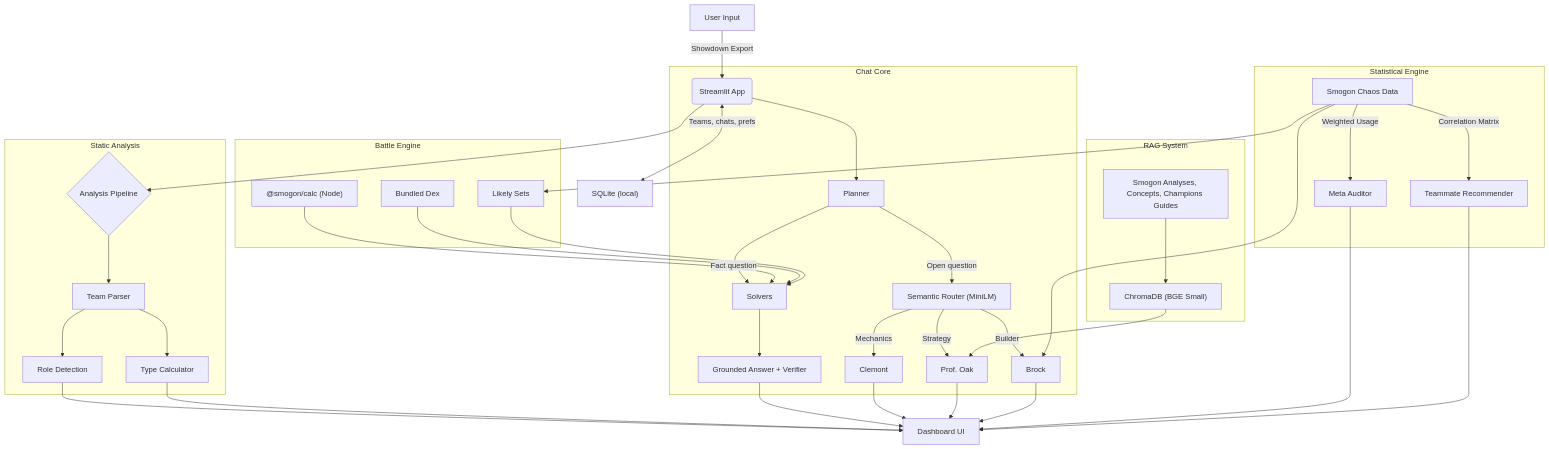
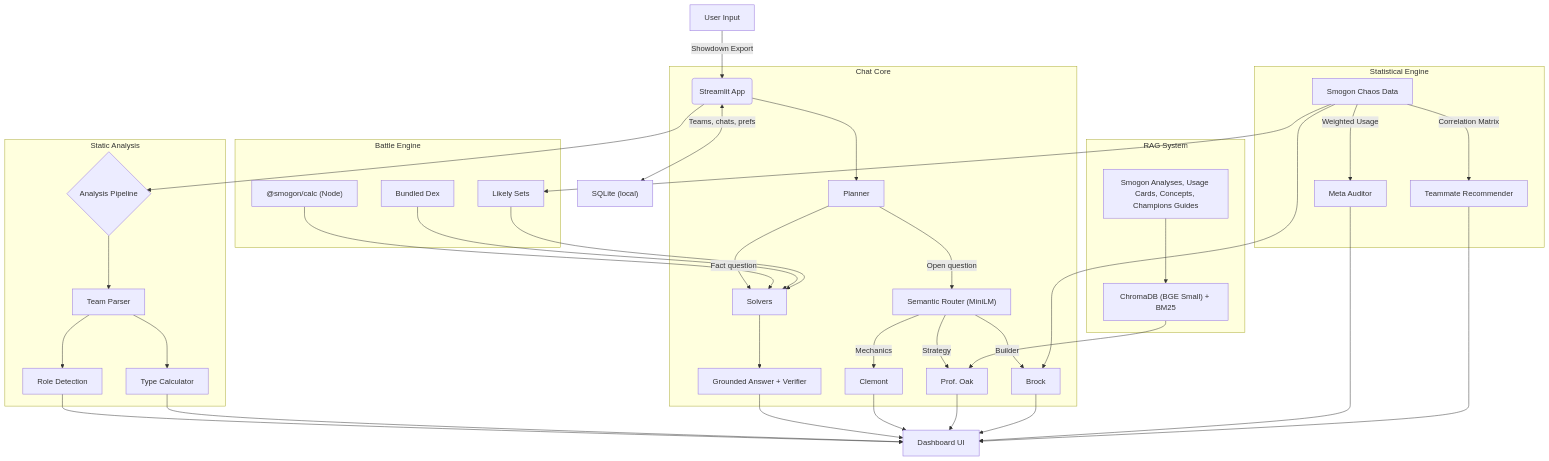
Before and after one commit to NamikazeAsh/MetaMatch: the second of 2 diagrams in README.md, drawn with Mermaid. The commit also changed other lines of this file and 1 other file, not shown here.

````diff
--- a/README.md
+++ b/README.md
@@ -215,53 +243,53 @@
 ```mermaid
 graph TD
     A["User Input"] -->|"Showdown Export"| B("Streamlit App")
     B --> C{"Analysis Pipeline"}
     B <-->|"Teams, chats, prefs"| S["SQLite (local)"]
 
     subgraph Engine ["Battle Engine"]
     K["@smogon/calc (Node)"]
     X["Bundled Dex"]
     Y["Likely Sets"]
     end
 
     subgraph AI_Core ["Chat Core"]
     B --> PL["Planner"]
     PL -->|"Fact question"| SO["Solvers"]
     SO --> GR["Grounded Answer + Verifier"]
     PL -->|"Open question"| R["Semantic Router (MiniLM)"]
     R -->|Mechanics| T["Clemont"]
     R -->|Strategy| U["Prof. Oak"]
     R -->|Builder| V["Brock"]
     end
 
     K --> SO
     X --> SO
     Y --> SO
 
     subgraph RAG_Engine ["RAG System"]
-    H["Smogon Analyses, Concepts, Champions Guides"] --> I["ChromaDB (BGE Small)"]
+    H["Smogon Analyses, Usage Cards, Concepts, Champions Guides"] --> I["ChromaDB (BGE Small) + BM25"]
     I --> U
     end
 
     subgraph Statistical_Engine ["Statistical Engine"]
     M["Smogon Chaos Data"] -->|"Weighted Usage"| N["Meta Auditor"]
     M -->|"Correlation Matrix"| O["Teammate Recommender"]
     M --> Y
     M --> V
     end
 
     subgraph Static_Analysis ["Static Analysis"]
     C --> D["Team Parser"]
     D --> F["Role Detection"]
     D --> G["Type Calculator"]
     end
 
     F --> P["Dashboard UI"]
     G --> P
     GR --> P
     T --> P
     U --> P
     V --> P
     N --> P
     O --> P
 ```
````
